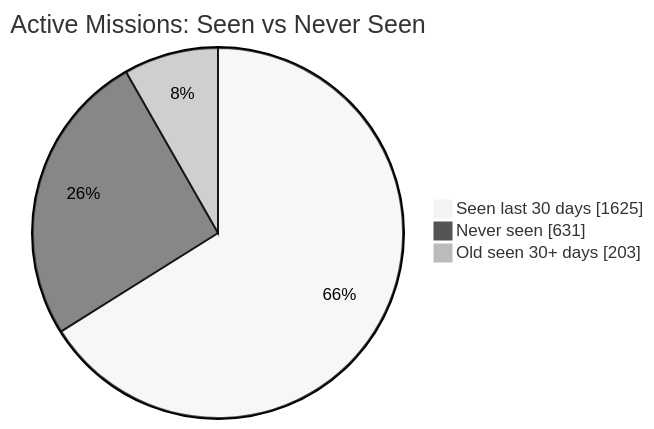
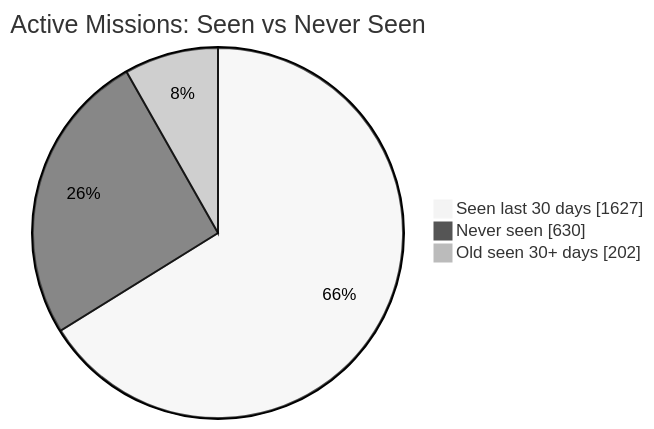
One commit to MeldkamerspelGameTeam/active-missions changed the first of 2 diagrams in README.md. Above: the diagram before and after it, drawn with Mermaid (neutral theme). The commit also changed other lines of this file and 3 other files, not shown here.

````diff
--- a/README.md
+++ b/README.md
@@ -34,7 +34,7 @@
 ```mermaid
 pie showData
     title Active Missions: Seen vs Never Seen
-    "Seen last 30 days" : 1625
-    "Never seen" : 631
-    "Old seen 30+ days" : 203
+    "Seen last 30 days" : 1627
+    "Never seen" : 630
+    "Old seen 30+ days" : 202
 ```
````
